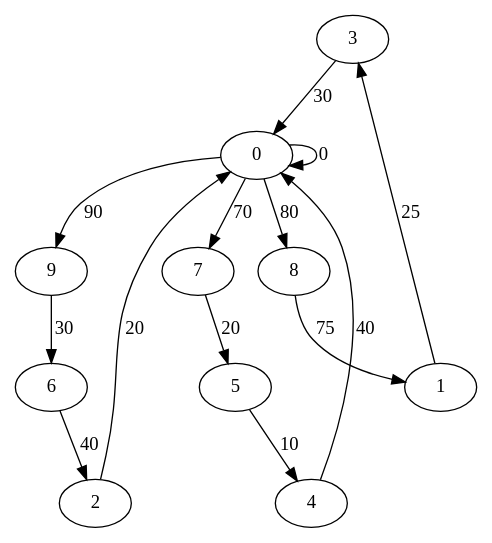
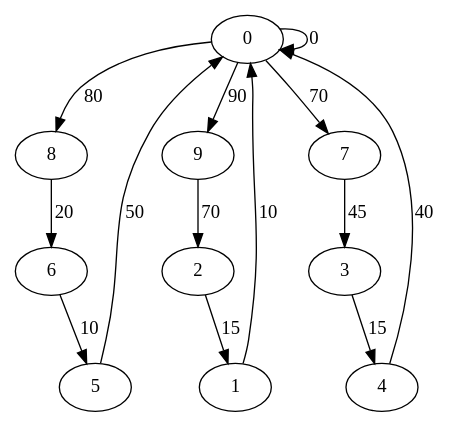
One commit to akosej/vehicle_routing changed the diagram in graph1.dot. Above: the diagram before and after it, drawn with Graphviz. The commit also changed 3 other files, not shown here.

```diff
--- a/graph1.dot
+++ b/graph1.dot
@@ -1,26 +1,26 @@
 digraph G {
-	3->0[ label=30 ];
 	0->9[ label=90 ];
 	0->0[ label=0 ];
 	0->8[ label=80 ];
 	0->7[ label=70 ];
-	8->1[ label=75 ];
-	2->0[ label=20 ];
-	1->3[ label=25 ];
-	7->5[ label=20 ];
-	5->4[ label=10 ];
+	8->6[ label=20 ];
+	5->0[ label=50 ];
 	4->0[ label=40 ];
-	9->6[ label=30 ];
-	6->2[ label=40 ];
+	7->3[ label=45 ];
+	3->4[ label=15 ];
+	9->2[ label=70 ];
+	2->1[ label=15 ];
+	1->0[ label=10 ];
+	6->5[ label=10 ];
 	0 [ label=0 ];
 	1 [ label=1 ];
 	2 [ label=2 ];
 	3 [ label=3 ];
 	4 [ label=4 ];
 	5 [ label=5 ];
 	6 [ label=6 ];
 	7 [ label=7 ];
 	8 [ label=8 ];
 	9 [ label=9 ];
 
 }
```
